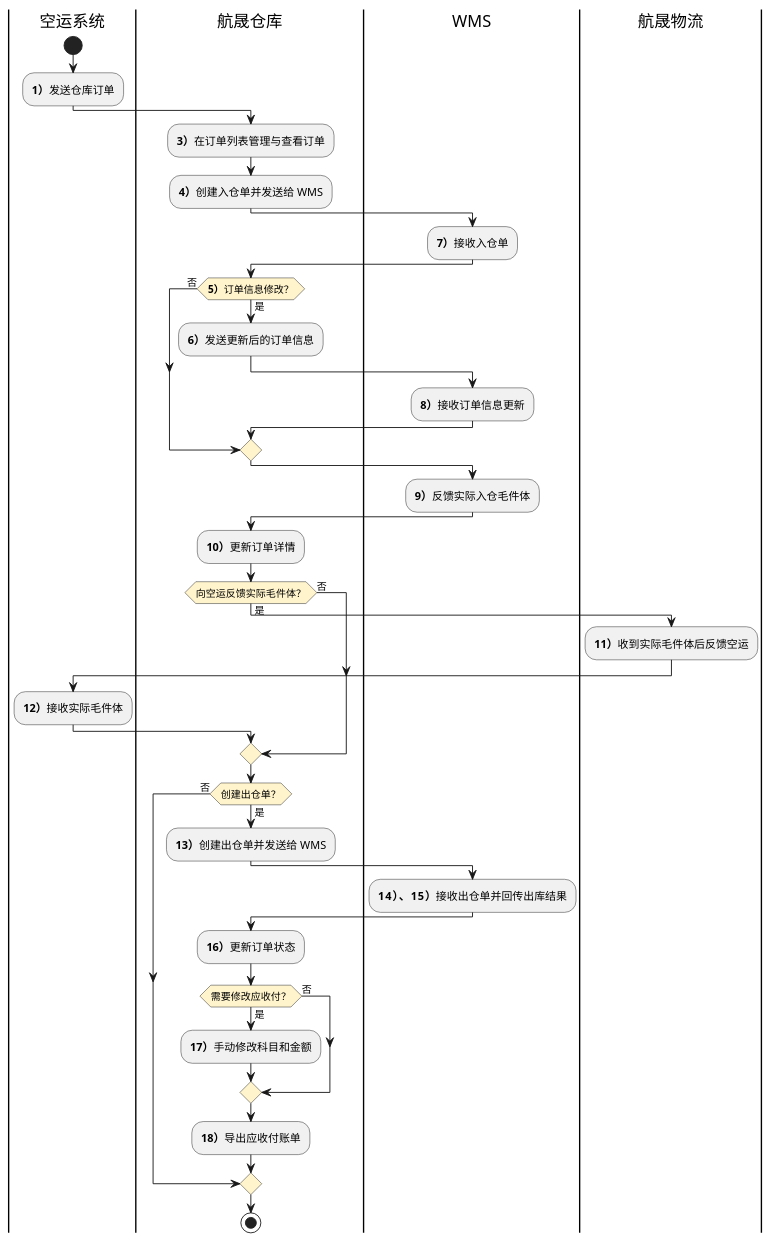
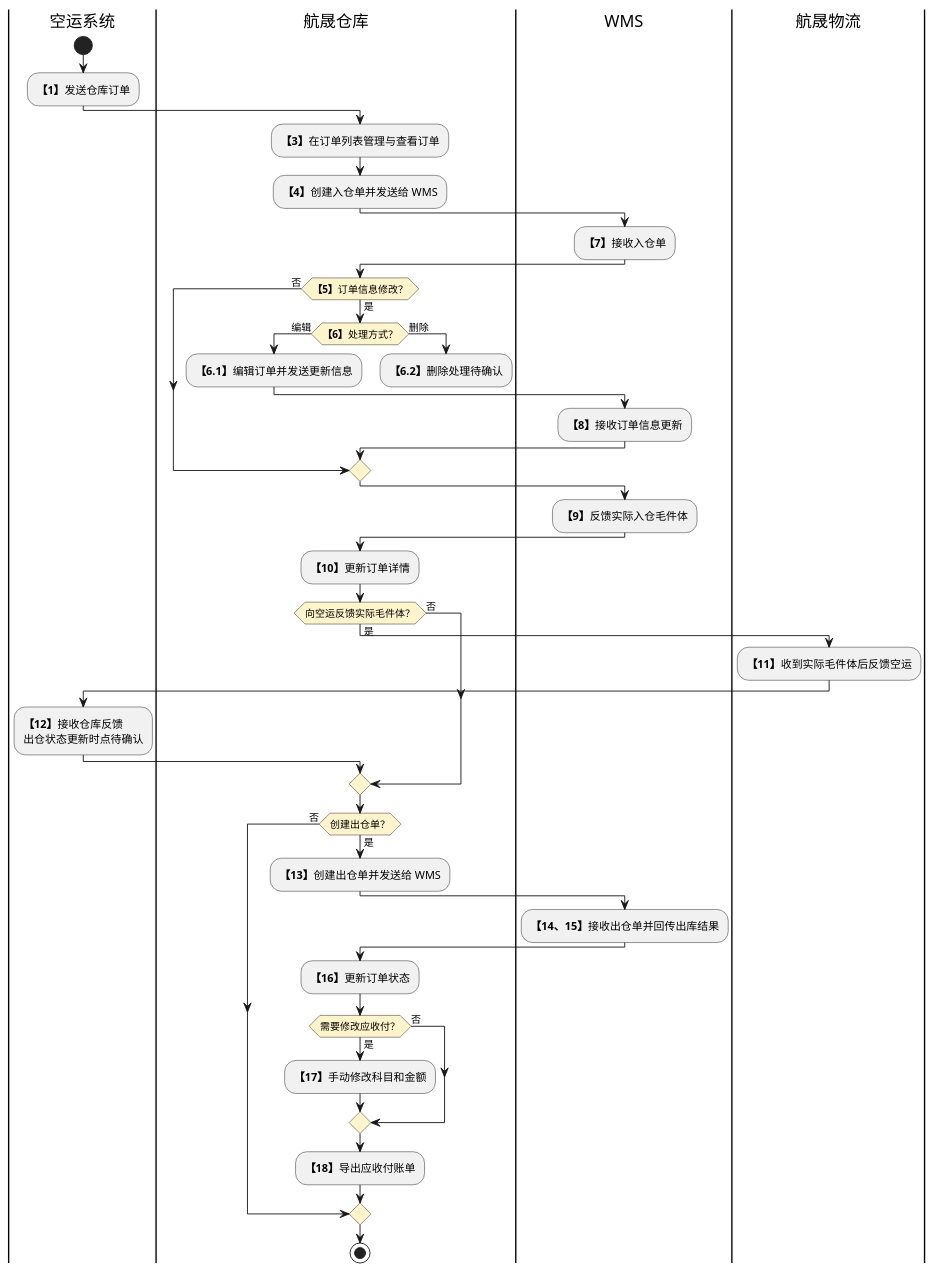
The second of 5 diagrams in product-caliber/goldjet/segmented-prd/PRD.高捷物流系统一期.第020篇.仓库-仓库订单管理.A77FC65070.md (jack888332/projects-doc), drawn with PlantUML before and after one commit. The commit also changed other lines of this file and 12 other files, not shown here.

Commit message:
完善DSL图

````diff
--- a/product-caliber/goldjet/segmented-prd/PRD.高捷物流系统一期.第020篇.仓库-仓库订单管理.A77FC65070.md
+++ b/product-caliber/goldjet/segmented-prd/PRD.高捷物流系统一期.第020篇.仓库-仓库订单管理.A77FC65070.md
@@ -42,46 +54,51 @@
 ```plantuml
 @startuml goldjet-020-warehouse-wms-handoffs
 skinparam activityDiamondBackgroundColor #FFF4CC
 |空运系统|
 start
-:**1）**发送仓库订单;
+:**【1】**发送仓库订单;
 |航晟仓库|
-:**3）**在订单列表管理与查看订单;
-:**4）**创建入仓单并发送给 WMS;
+:**【3】**在订单列表管理与查看订单;
+:**【4】**创建入仓单并发送给 WMS;
 |WMS|
-:**7）**接收入仓单;
+:**【7】**接收入仓单;
 |航晟仓库|
-if (**5）**订单信息修改？) then (是)
-  :**6）**发送更新后的订单信息;
+if (**【5】**订单信息修改？) then (是)
+  if (**【6】**处理方式？) then (编辑)
+    :**【6.1】**编辑订单并发送更新信息;
+  else (删除)
+    :**【6.2】**删除处理待确认;
+    detach
+  endif
   |WMS|
-  :**8）**接收订单信息更新;
+  :**【8】**接收订单信息更新;
 else (否)
 endif
 |WMS|
-:**9）**反馈实际入仓毛件体;
+:**【9】**反馈实际入仓毛件体;
 |航晟仓库|
-:**10）**更新订单详情;
+:**【10】**更新订单详情;
 if (向空运反馈实际毛件体？) then (是)
   |航晟物流|
-  :**11）**收到实际毛件体后反馈空运;
+  :**【11】**收到实际毛件体后反馈空运;
   |空运系统|
-  :**12）**接收实际毛件体;
+  :**【12】**接收仓库反馈\n出仓状态更新时点待确认;
 else (否)
 endif
 |航晟仓库|
 if (创建出仓单？) then (是)
-  :**13）**创建出仓单并发送给 WMS;
+  :**【13】**创建出仓单并发送给 WMS;
   |WMS|
-  :**14）、15）**接收出仓单并回传出库结果;
+  :**【14、15】**接收出仓单并回传出库结果;
   |航晟仓库|
-  :**16）**更新订单状态;
+  :**【16】**更新订单状态;
   if (需要修改应收付？) then (是)
-    :**17）**手动修改科目和金额;
+    :**【17】**手动修改科目和金额;
   else (否)
   endif
-  :**18）**导出应收付账单;
+  :**【18】**导出应收付账单;
 else (否)
 endif
 stop
 @enduml
 ```
````
